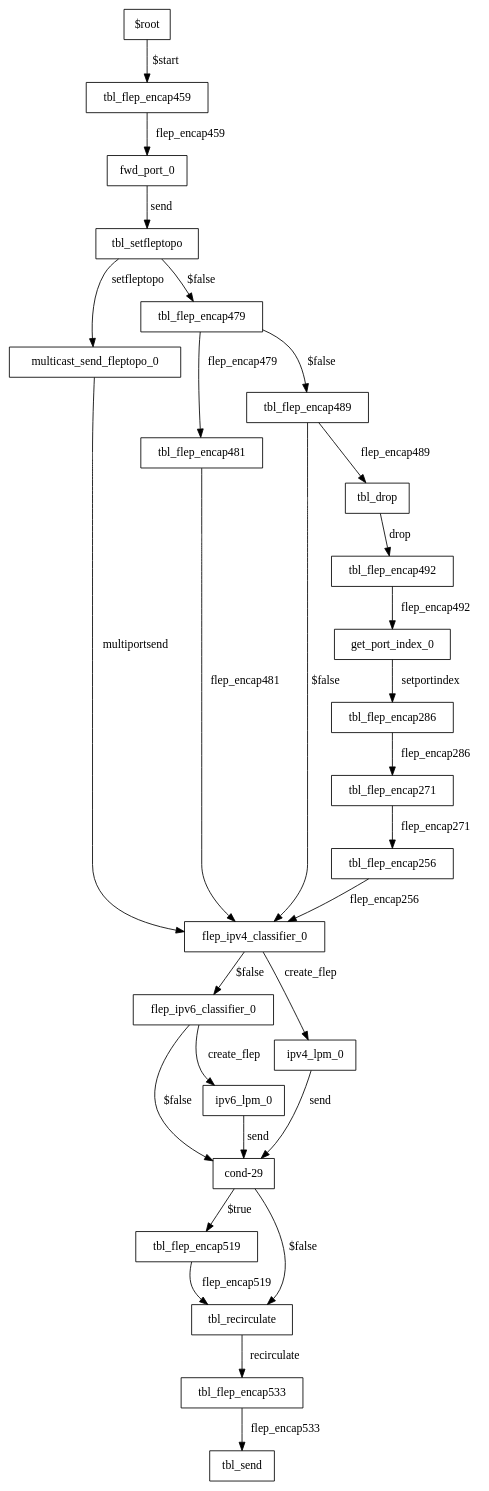
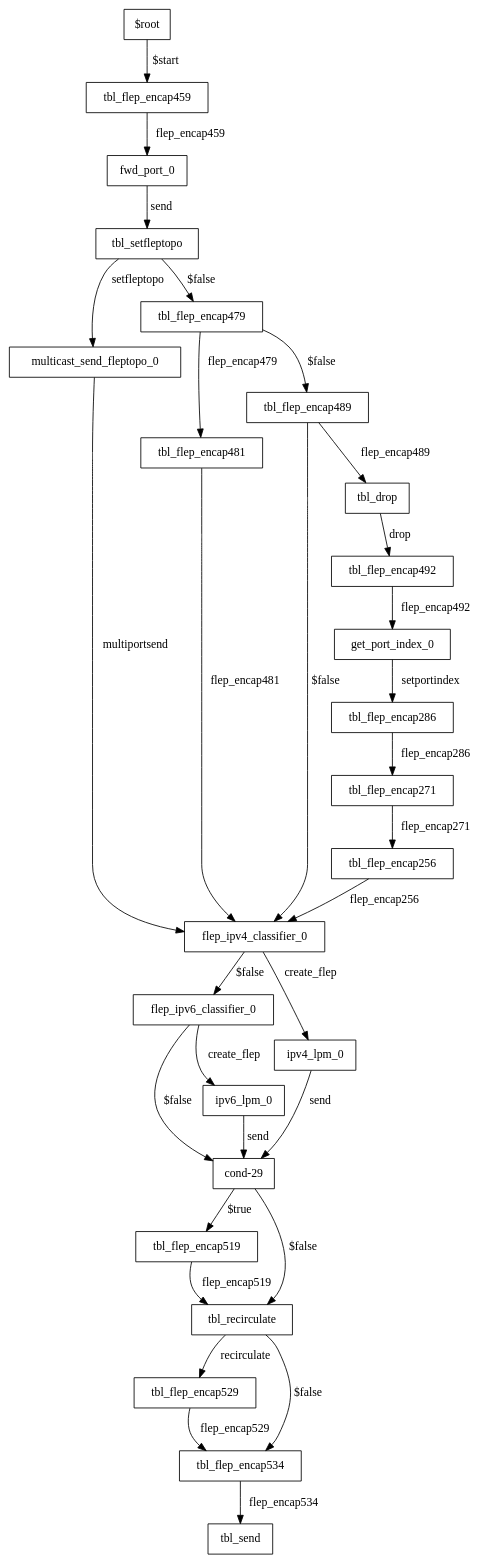
The diagram in flep_encap_with_topo/target/pipe/graphs/ingress.power.dot (YingshengGeng/Flep), drawn with Graphviz before and after one commit. The commit also changed 103 other files, not shown here.

```diff
--- a/flep_encap_with_topo/target/pipe/graphs/ingress.power.dot
+++ b/flep_encap_with_topo/target/pipe/graphs/ingress.power.dot
@@ -1,53 +1,56 @@
 digraph ingress {
 0 [label="$root" shape=box color="black"];
 18 [label="cond-29" shape=box color="black"];
 9 [label="flep_ipv4_classifier_0" shape=box color="black"];
 16 [label="flep_ipv6_classifier_0" shape=box color="black"];
 2 [label="fwd_port_0" shape=box color="black"];
 11 [label="get_port_index_0" shape=box color="black"];
 15 [label="ipv4_lpm_0" shape=box color="black"];
 17 [label="ipv6_lpm_0" shape=box color="black"];
 4 [label="multicast_send_fleptopo_0" shape=box color="black"];
 8 [label="tbl_drop" shape=box color="black"];
 14 [label="tbl_flep_encap256" shape=box color="black"];
 13 [label="tbl_flep_encap271" shape=box color="black"];
 12 [label="tbl_flep_encap286" shape=box color="black"];
 1 [label="tbl_flep_encap459" shape=box color="black"];
 5 [label="tbl_flep_encap479" shape=box color="black"];
 6 [label="tbl_flep_encap481" shape=box color="black"];
 7 [label="tbl_flep_encap489" shape=box color="black"];
 10 [label="tbl_flep_encap492" shape=box color="black"];
 20 [label="tbl_flep_encap519" shape=box color="black"];
-21 [label="tbl_flep_encap533" shape=box color="black"];
+21 [label="tbl_flep_encap529" shape=box color="black"];
+22 [label="tbl_flep_encap534" shape=box color="black"];
 19 [label="tbl_recirculate" shape=box color="black"];
-22 [label="tbl_send" shape=box color="black"];
+23 [label="tbl_send" shape=box color="black"];
 3 [label="tbl_setfleptopo" shape=box color="black"];
 0-> 1 [label="$start" color="black"];
 18-> 19 [label="$false" color="black"];
 18-> 20 [label="$true" color="black"];
 9-> 15 [label="create_flep" color="black"];
 9-> 16 [label="$false" color="black"];
 16-> 17 [label="create_flep" color="black"];
 16-> 18 [label="$false" color="black"];
 2-> 3 [label="send" color="black"];
 11-> 12 [label="setportindex" color="black"];
 15-> 18 [label="send" color="black"];
 17-> 18 [label="send" color="black"];
 4-> 9 [label="multiportsend" color="black"];
 8-> 10 [label="drop" color="black"];
 14-> 9 [label="flep_encap256" color="black"];
 13-> 14 [label="flep_encap271" color="black"];
 12-> 13 [label="flep_encap286" color="black"];
 1-> 2 [label="flep_encap459" color="black"];
 5-> 6 [label="flep_encap479" color="black"];
 5-> 7 [label="$false" color="black"];
 6-> 9 [label="flep_encap481" color="black"];
 7-> 8 [label="flep_encap489" color="black"];
 7-> 9 [label="$false" color="black"];
 10-> 11 [label="flep_encap492" color="black"];
 20-> 19 [label="flep_encap519" color="black"];
-21-> 22 [label="flep_encap533" color="black"];
+21-> 22 [label="flep_encap529" color="black"];
+22-> 23 [label="flep_encap534" color="black"];
 19-> 21 [label="recirculate" color="black"];
+19-> 22 [label="$false" color="black"];
 3-> 4 [label="setfleptopo" color="black"];
 3-> 5 [label="$false" color="black"];
 }
```
